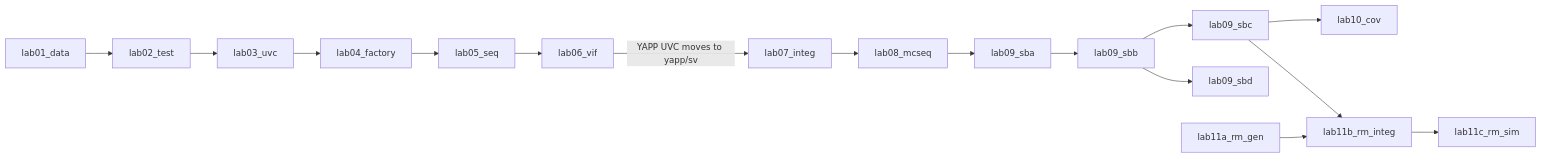
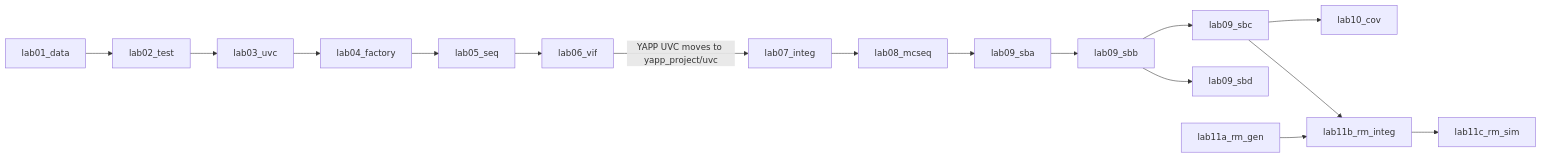
Before and after one commit to tamirgabgab/Qcom-Mentoring: the diagram in docs/index.md, drawn with Mermaid. The commit also changed other lines of this file and 34 other files, not shown here.

First line of the commit message:
Docs: yapp_project tree, extern style, explicit sequences and field methods

````diff
--- a/docs/index.md
+++ b/docs/index.md
@@ -108,10 +108,10 @@
 ```mermaid
 flowchart LR
     L1[lab01_data] --> L2[lab02_test] --> L3[lab03_uvc] --> L4[lab04_factory] --> L5[lab05_seq] --> L6[lab06_vif]
-    L6 -->|YAPP UVC moves to yapp/sv| L7[lab07_integ] --> L8[lab08_mcseq] --> L9A[lab09_sba] --> L9B[lab09_sbb]
+    L6 -->|YAPP UVC moves to yapp_project/uvc| L7[lab07_integ] --> L8[lab08_mcseq] --> L9A[lab09_sba] --> L9B[lab09_sbb]
     L9B --> L9C[lab09_sbc]
     L9B --> L9D[lab09_sbd]
     L9C --> L10[lab10_cov]
     L11A[lab11a_rm_gen] --> L11B[lab11b_rm_integ] --> L11C[lab11c_rm_sim]
     L9C --> L11B
 ```
````
